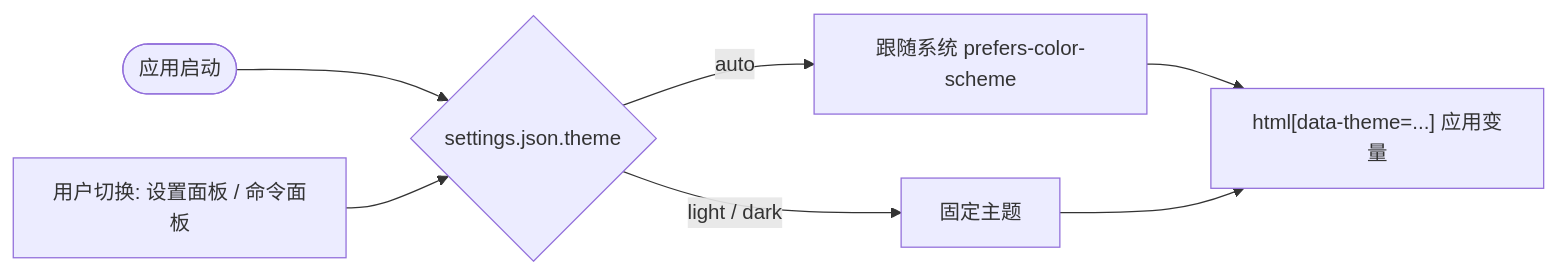
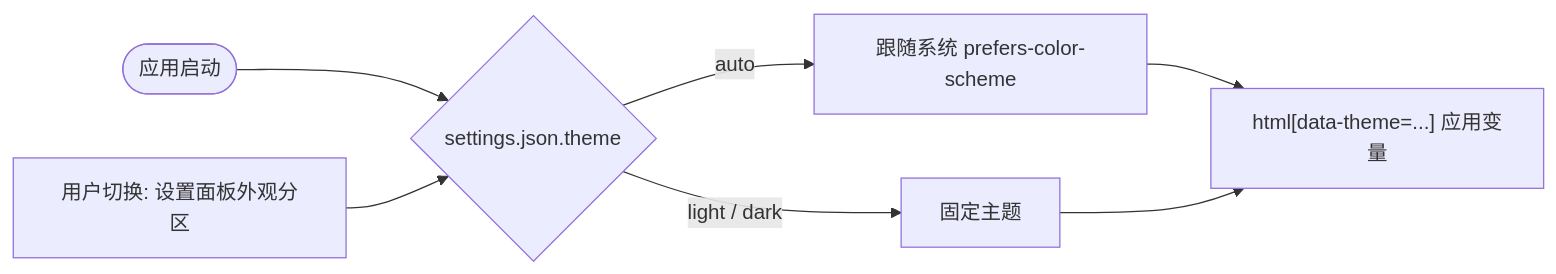
The diagram in design/00-design-tokens.md (jinhuang712/open-novel), drawn with Mermaid before and after one commit. The commit also changed other lines of this file and 29 other files, not shown here.

````diff
--- a/design/00-design-tokens.md
+++ b/design/00-design-tokens.md
@@ -26,9 +26,9 @@
 ```mermaid
 flowchart LR
   BOOT([应用启动]) --> CFG{settings.json.theme}
   CFG -->|auto| SYS[跟随系统 prefers-color-scheme]
   CFG -->|light / dark| FIX[固定主题]
   SYS --> APPLY["html[data-theme=...] 应用变量"]
   FIX --> APPLY
-  TOGGLE[用户切换: 设置面板 / 命令面板] --> CFG
+  TOGGLE[用户切换: 设置面板外观分区] --> CFG
 ```
````
